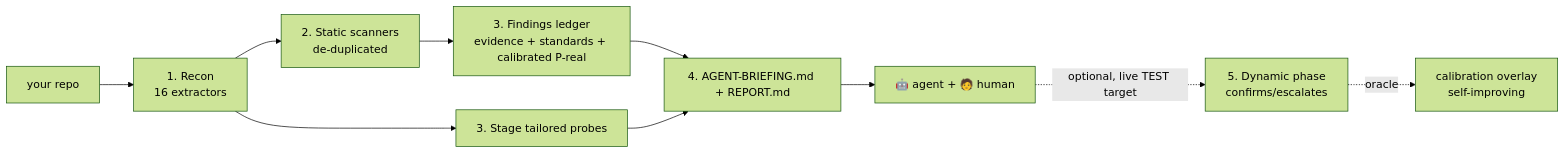
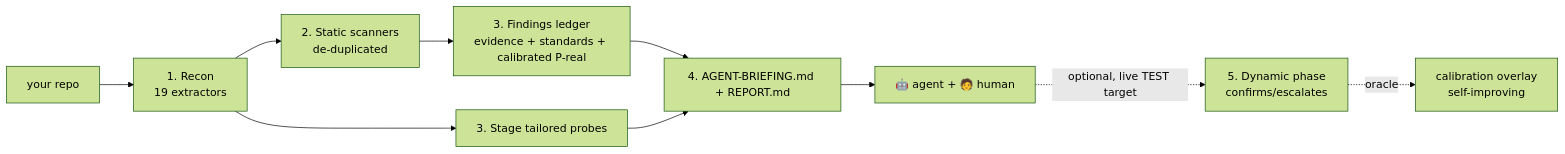
Before and after one commit to raccioly/websec-validator: the diagram in docs-canonical/ARCHITECTURE.md, drawn with Mermaid (forest theme). The commit also changed other lines of this file and 7 other files, not shown here.

````diff
--- a/docs-canonical/ARCHITECTURE.md
+++ b/docs-canonical/ARCHITECTURE.md
@@ -131,12 +131,12 @@
 ```mermaid
 graph LR
-    R[your repo] --> A[1. Recon<br/>16 extractors]
+    R[your repo] --> A[1. Recon<br/>19 extractors]
     A --> B[2. Static scanners<br/>de-duplicated]
     B --> C[3. Findings ledger<br/>evidence + standards + calibrated P-real]
     A --> D[3. Stage tailored probes]
     C --> E[4. AGENT-BRIEFING.md + REPORT.md]
     D --> E
     E --> F[🤖 agent + 🧑 human]
     F -. optional, live TEST target .-> G[5. Dynamic phase<br/>confirms/escalates] 
     G -. oracle .-> H[calibration overlay<br/>self-improving]
 ```
````
